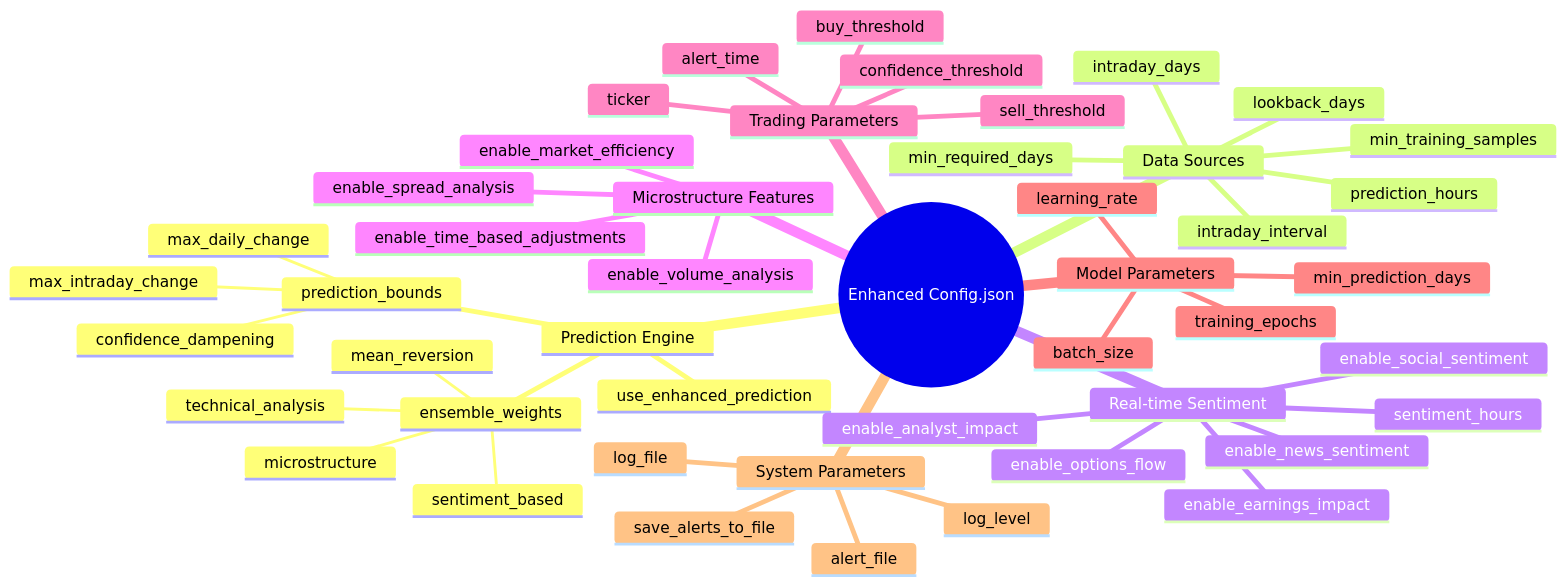
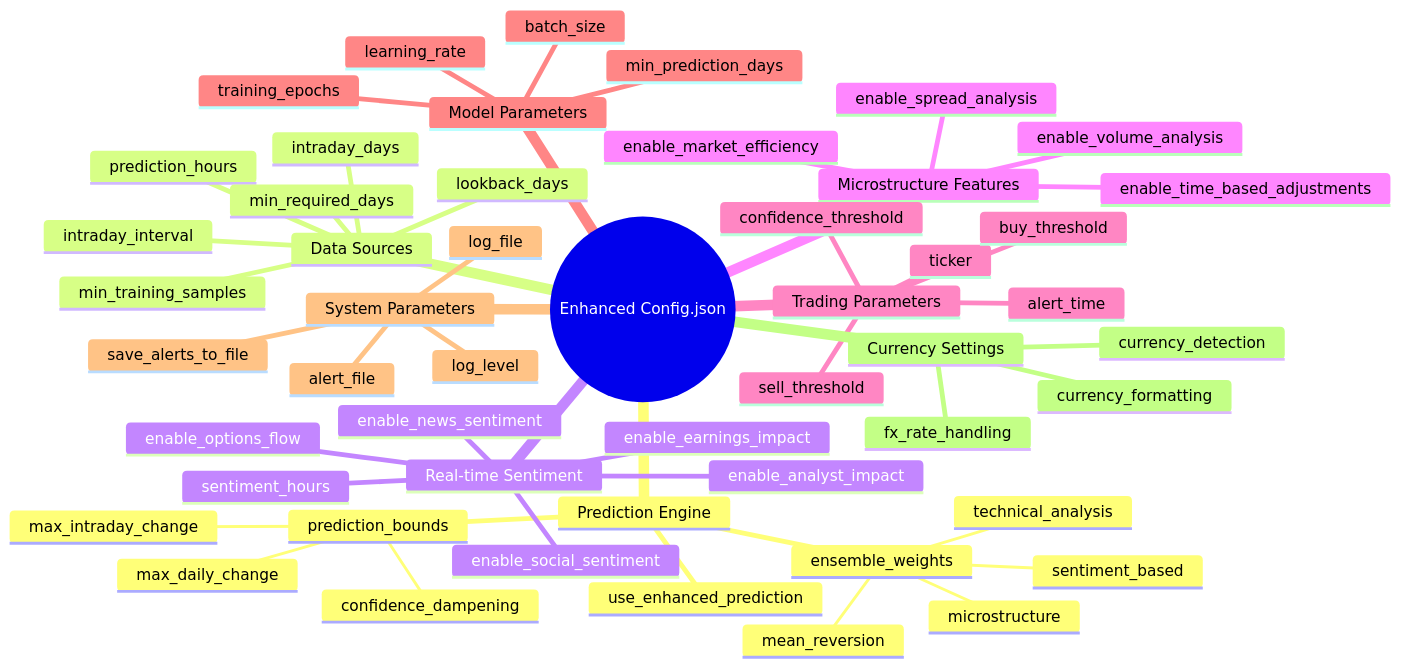
Before and after one commit to jeremygonsalves/price-predictor-stocks: the sixth of 7 diagrams in docs/LSTM-model.md, drawn with Mermaid. The commit also changed other lines of this file and 14 other files, not shown here.

````diff
--- a/docs/LSTM-model.md
+++ b/docs/LSTM-model.md
@@ -350,50 +363,54 @@
 ```mermaid
 mindmap
   root((Enhanced Config.json))
     Prediction Engine
       use_enhanced_prediction
       ensemble_weights
         technical_analysis
         sentiment_based
         microstructure
         mean_reversion
       prediction_bounds
         max_daily_change
         max_intraday_change
         confidence_dampening
     Data Sources
       intraday_interval
       intraday_days
       lookback_days
       prediction_hours
       min_required_days
       min_training_samples
     Real-time Sentiment
       enable_news_sentiment
       enable_social_sentiment
       enable_earnings_impact
       enable_analyst_impact
       enable_options_flow
       sentiment_hours
     Microstructure Features
       enable_spread_analysis
       enable_volume_analysis
       enable_market_efficiency
       enable_time_based_adjustments
     Trading Parameters
       ticker
       buy_threshold
       sell_threshold
       confidence_threshold
       alert_time
     Model Parameters
       training_epochs
       batch_size
       learning_rate
       min_prediction_days
     System Parameters
       log_level
       save_alerts_to_file
       alert_file
       log_file
+    Currency Settings
+      currency_detection
+      currency_formatting
+      fx_rate_handling
 ```
````
